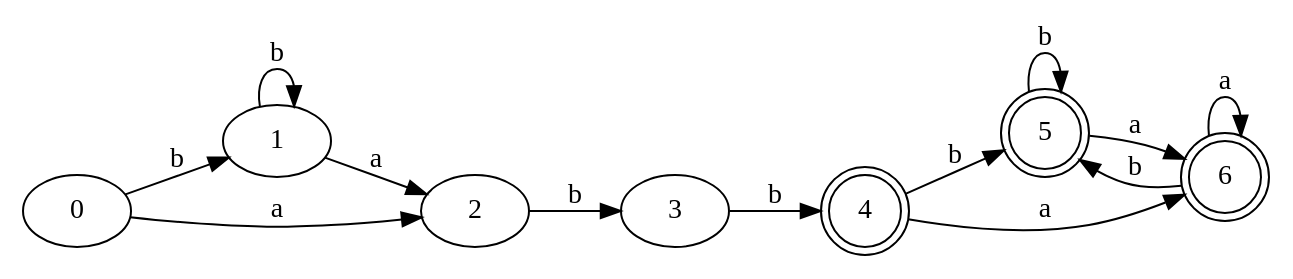
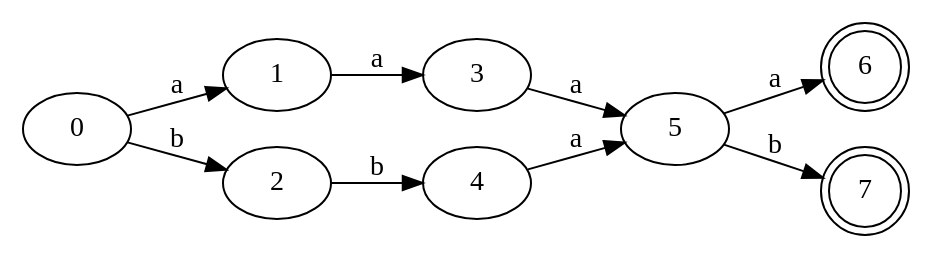
One commit to jua16073/lenguajes_proy1 changed the diagram in test-output/dfa_set.gv. Above: the diagram before and after it, drawn with Graphviz. The commit also changed 8 other files, not shown here.

```diff
--- a/test-output/dfa_set.gv
+++ b/test-output/dfa_set.gv
@@ -1,22 +1,19 @@
 digraph Automata {
 	rankdir=LR
 	0 [label=0]
-	0 -> 1 [label=b]
-	0 -> 2 [label=a]
+	0 -> 1 [label=a]
+	0 -> 2 [label=b]
 	1 [label=1]
-	1 -> 1 [label=b]
-	1 -> 2 [label=a]
+	1 -> 3 [label=a]
 	2 [label=2]
-	2 -> 3 [label=b]
+	2 -> 4 [label=b]
 	3 [label=3]
-	3 -> 4 [label=b]
-	4 [label=4 shape=doublecircle]
-	4 -> 5 [label=b]
-	4 -> 6 [label=a]
-	5 [label=5 shape=doublecircle]
-	5 -> 5 [label=b]
+	3 -> 5 [label=a]
+	4 [label=4]
+	4 -> 5 [label=a]
+	5 [label=5]
 	5 -> 6 [label=a]
+	5 -> 7 [label=b]
 	6 [label=6 shape=doublecircle]
-	6 -> 5 [label=b]
-	6 -> 6 [label=a]
+	7 [label=7 shape=doublecircle]
 }
```
